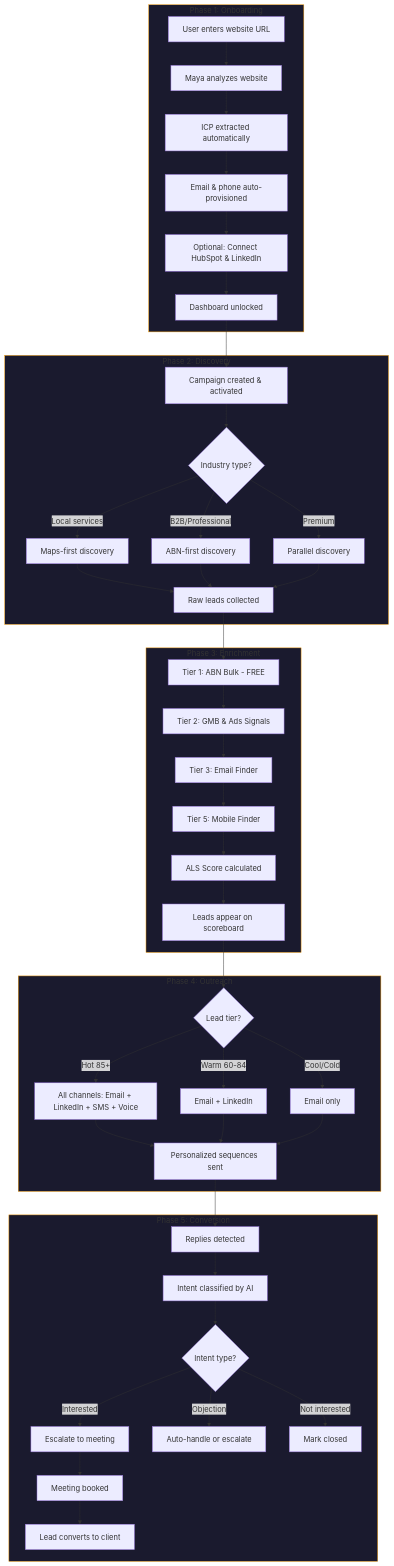
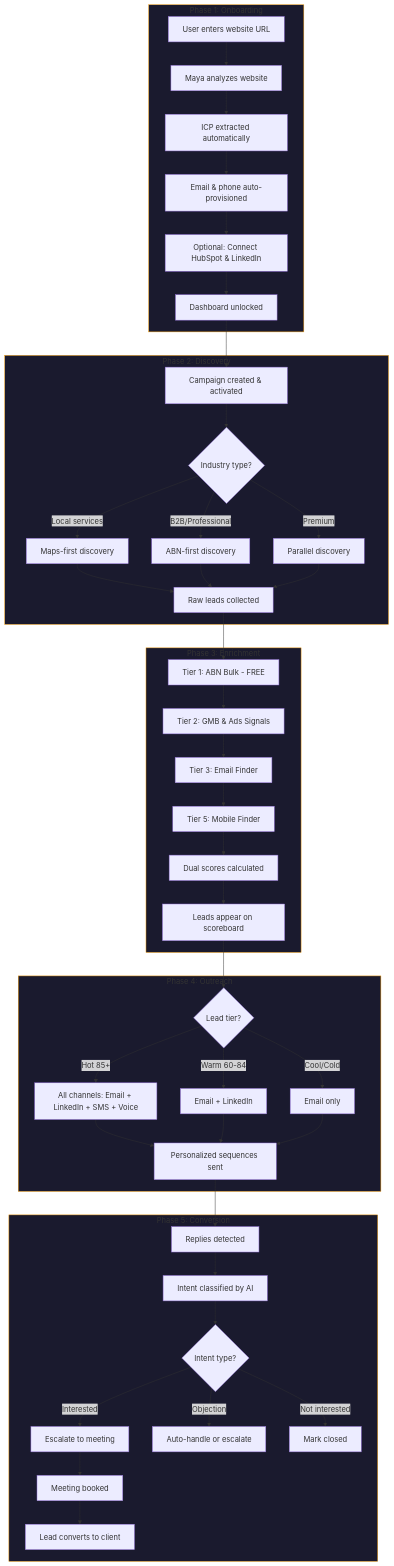
Before and after one commit to Keiracom/Agency_OS: the diagram in docs/AGENCY_OS_SSOT.md, drawn with Mermaid. The commit also changed other lines of this file and 1 other file, not shown here.

````diff
--- a/docs/AGENCY_OS_SSOT.md
+++ b/docs/AGENCY_OS_SSOT.md
@@ -9,57 +9,57 @@
 ```mermaid
 flowchart TB
     subgraph Phase1["Phase 1: Onboarding"]
         A[User enters website URL] --> B[Maya analyzes website]
         B --> C[ICP extracted automatically]
         C --> D[Email & phone auto-provisioned]
         D --> E[Optional: Connect HubSpot & LinkedIn]
         E --> F[Dashboard unlocked]
     end
 
     subgraph Phase2["Phase 2: Discovery"]
         F --> G[Campaign created & activated]
         G --> H{Industry type?}
         H -->|Local services| I[Maps-first discovery]
         H -->|B2B/Professional| J[ABN-first discovery]
         H -->|Premium| K[Parallel discovery]
         I --> L[Raw leads collected]
         J --> L
         K --> L
     end
 
     subgraph Phase3["Phase 3: Enrichment"]
         L --> M[Tier 1: ABN Bulk - FREE]
         M --> N[Tier 2: GMB & Ads Signals]
         N --> O[Tier 3: Email Finder]
         O --> P[Tier 5: Mobile Finder]
-        P --> Q[ALS Score calculated]
+        P --> Q[Dual scores calculated]
         Q --> R[Leads appear on scoreboard]
     end
 
     subgraph Phase4["Phase 4: Outreach"]
         R --> S{Lead tier?}
         S -->|Hot 85+| T[All channels: Email + LinkedIn + SMS + Voice]
         S -->|Warm 60-84| U[Email + LinkedIn]
         S -->|Cool/Cold| V[Email only]
         T --> W[Personalized sequences sent]
         U --> W
         V --> W
     end
 
     subgraph Phase5["Phase 5: Conversion"]
         W --> X[Replies detected]
         X --> Y[Intent classified by AI]
         Y --> Z{Intent type?}
         Z -->|Interested| AA[Escalate to meeting]
         Z -->|Objection| AB[Auto-handle or escalate]
         Z -->|Not interested| AC[Mark closed]
         AA --> AD[Meeting booked]
         AD --> AE[Lead converts to client]
     end
 
     style Phase1 fill:#1a1a2e,stroke:#f59e0b
     style Phase2 fill:#1a1a2e,stroke:#f59e0b
     style Phase3 fill:#1a1a2e,stroke:#f59e0b
     style Phase4 fill:#1a1a2e,stroke:#f59e0b
     style Phase5 fill:#1a1a2e,stroke:#f59e0b
 ```
````
